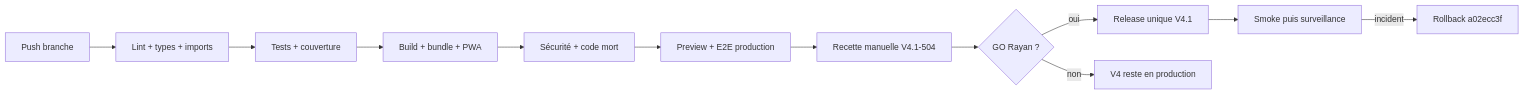
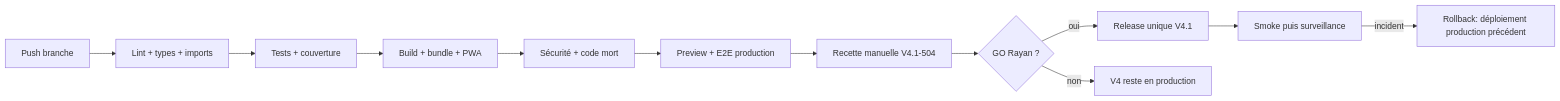
One commit to Guts6667/learnx changed the diagram in docs/TESTING_AND_RELEASE.md. Above: the diagram before and after it, drawn with Mermaid. The commit also changed other lines of this file and 2 other files, not shown here.

````diff
--- a/docs/TESTING_AND_RELEASE.md
+++ b/docs/TESTING_AND_RELEASE.md
@@ -85,14 +85,14 @@
 ```mermaid
 flowchart LR
   P["Push branche"] --> S["Lint + types + imports"]
   S --> U["Tests + couverture"]
   U --> B["Build + bundle + PWA"]
   B --> V["Sécurité + code mort"]
   V --> E["Preview + E2E production"]
   E --> M["Recette manuelle V4.1-504"]
   M --> G{"GO Rayan ?"}
   G -->|oui| R["Release unique V4.1"]
   G -->|non| K["V4 reste en production"]
   R --> X["Smoke puis surveillance"]
-  X -->|incident| Z["Rollback a02ecc3f"]
+  X -->|incident| Z["Rollback: déploiement production précédent"]
 ```
````
